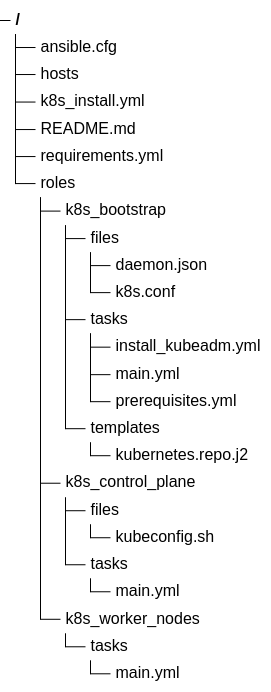
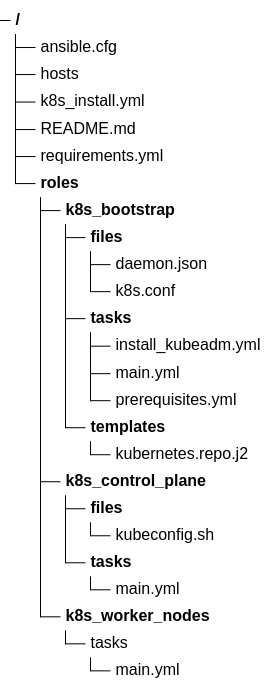
The second of 3 diagrams in docs/ansible/project.md (computacenter-com/ansible-best-practices), drawn with Mermaid before and after one commit.

Commit message:
Added slashes for folders to be printed thick.

````diff
--- a/docs/ansible/project.md
+++ b/docs/ansible/project.md
@@ -71,32 +71,32 @@
         ``` mermaid
         ---
         config:
           treeView:
             rowIndent: 20
         ---
         treeView-beta
         ├── ansible.cfg
         ├── hosts
         ├── k8s_install.yml
         ├── README.md
         ├── requirements.yml
-        └── roles
-            ├── k8s_bootstrap
-            │   ├── files
+        └── roles/
+            ├── k8s_bootstrap/
+            │   ├── files/
             │   │   ├── daemon.json
             │   │   └── k8s.conf
-            │   ├── tasks
+            │   ├── tasks/
             │   │   ├── install_kubeadm.yml
             │   │   ├── main.yml
             │   │   └── prerequisites.yml
-            │   └── templates
+            │   └── templates/
             │       └── kubernetes.repo.j2
-            ├── k8s_control_plane
-            │   ├── files
+            ├── k8s_control_plane/
+            │   ├── files/
             │   │   └── kubeconfig.sh
-            │   └── tasks
+            │   └── tasks/
             │       └── main.yml
-            └── k8s_worker_nodes
+            └── k8s_worker_nodes/
                 └── tasks
                     └── main.yml
         ```
````
